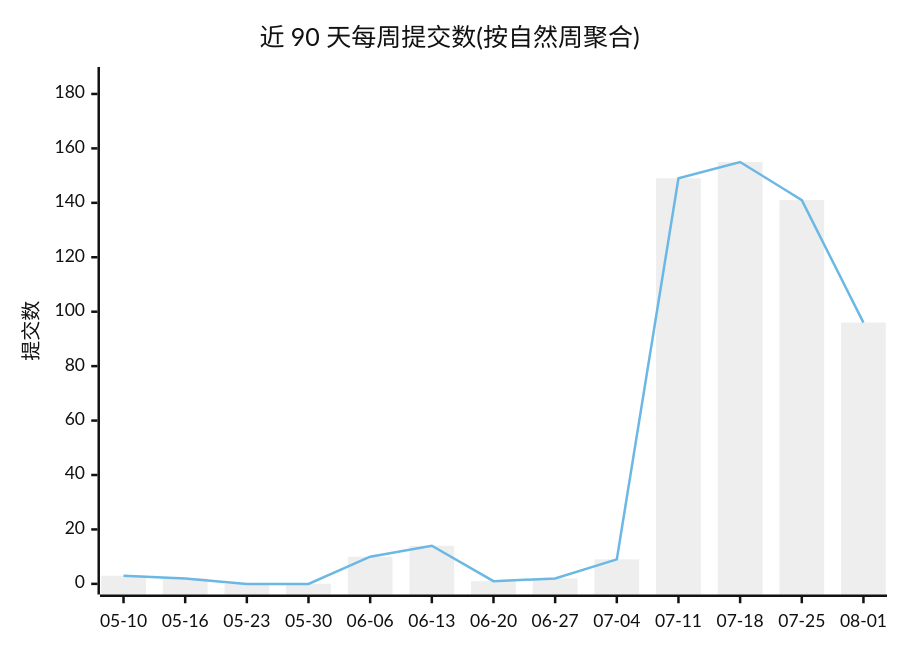
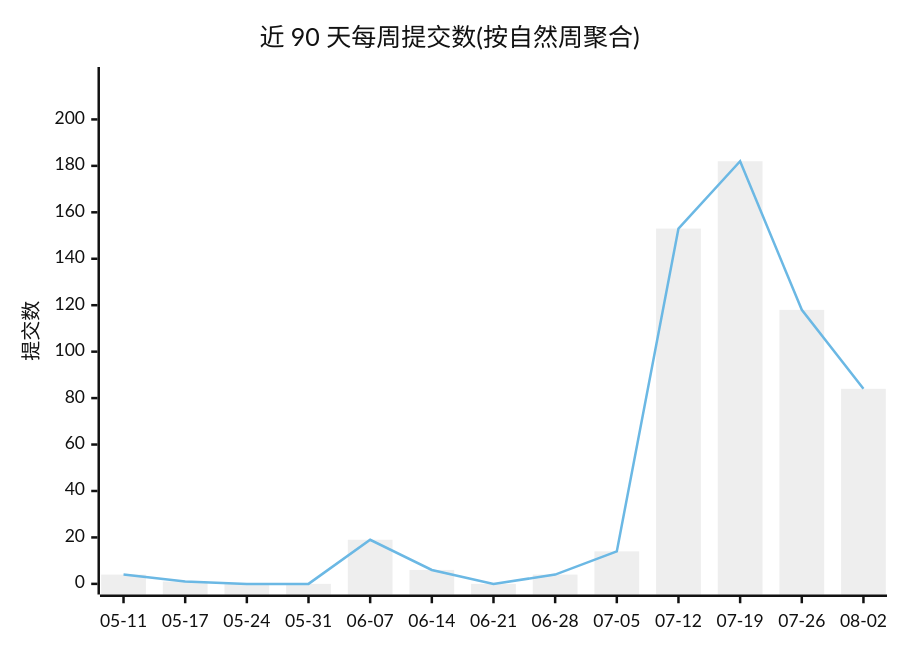
One commit to Conflux-Union/.github changed the first of 2 diagrams in profile/README.md. Above: the diagram before and after it, drawn with Mermaid (neutral theme). The commit also changed other lines of this file and 1 other file, not shown here.

````diff
--- a/profile/README.md
+++ b/profile/README.md
@@ -44,8 +44,8 @@
 ```mermaid
 xychart-beta
     title "近 90 天每周提交数(按自然周聚合)"
-    x-axis ["05-10", "05-16", "05-23", "05-30", "06-06", "06-13", "06-20", "06-27", "07-04", "07-11", "07-18", "07-25", "08-01"]
-    y-axis "提交数" 0 --> 186
-    bar [3, 2, 0, 0, 10, 14, 1, 2, 9, 149, 155, 141, 96]
-    line [3, 2, 0, 0, 10, 14, 1, 2, 9, 149, 155, 141, 96]
+    x-axis ["05-11", "05-17", "05-24", "05-31", "06-07", "06-14", "06-21", "06-28", "07-05", "07-12", "07-19", "07-26", "08-02"]
+    y-axis "提交数" 0 --> 218
+    bar [4, 1, 0, 0, 19, 6, 0, 4, 14, 153, 182, 118, 84]
+    line [4, 1, 0, 0, 19, 6, 0, 4, 14, 153, 182, 118, 84]
 ```
````
